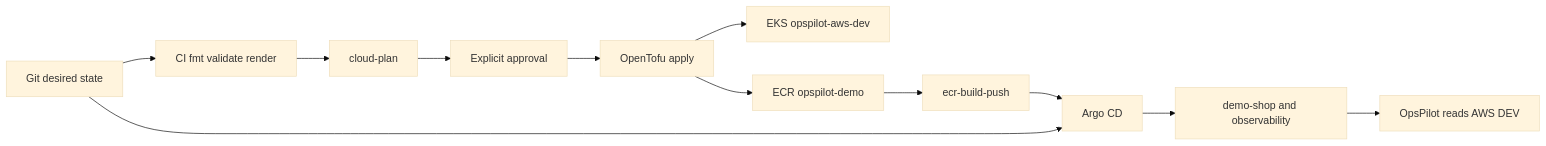
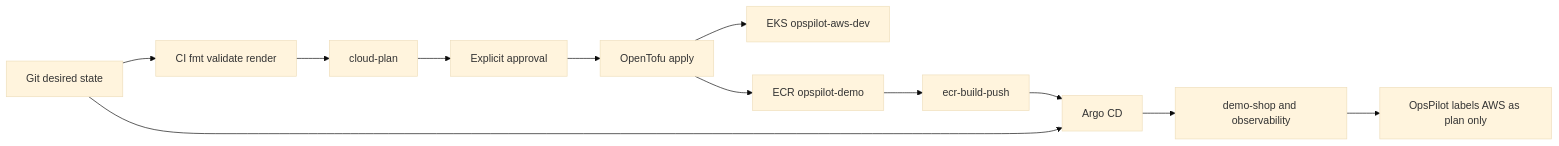
One commit to NajwaN96/opspilot changed the diagram in docs/runbooks/phase-7-cloud.md. Above: the diagram before and after it, drawn with Mermaid (base theme). The commit also changed other lines of this file and 14 other files, not shown here.

First line of the commit message:
feat: show AWS as plan-only and keep the live cluster local

````diff
--- a/docs/runbooks/phase-7-cloud.md
+++ b/docs/runbooks/phase-7-cloud.md
@@ -17,14 +17,14 @@
 ```mermaid
 flowchart LR
   git[Git desired state] --> ci[CI fmt validate render]
   ci --> plan[cloud-plan]
   plan --> approve[Explicit approval]
   approve --> tofu[OpenTofu apply]
   tofu --> eks[EKS opspilot-aws-dev]
   tofu --> ecr[ECR opspilot-demo]
   ecr --> push[ecr-build-push]
   push --> argo[Argo CD]
   git --> argo
   argo --> shop[demo-shop and observability]
-  shop --> ops[OpsPilot reads AWS DEV]
+  shop --> ops[OpsPilot labels AWS as plan only]
 ```
````
